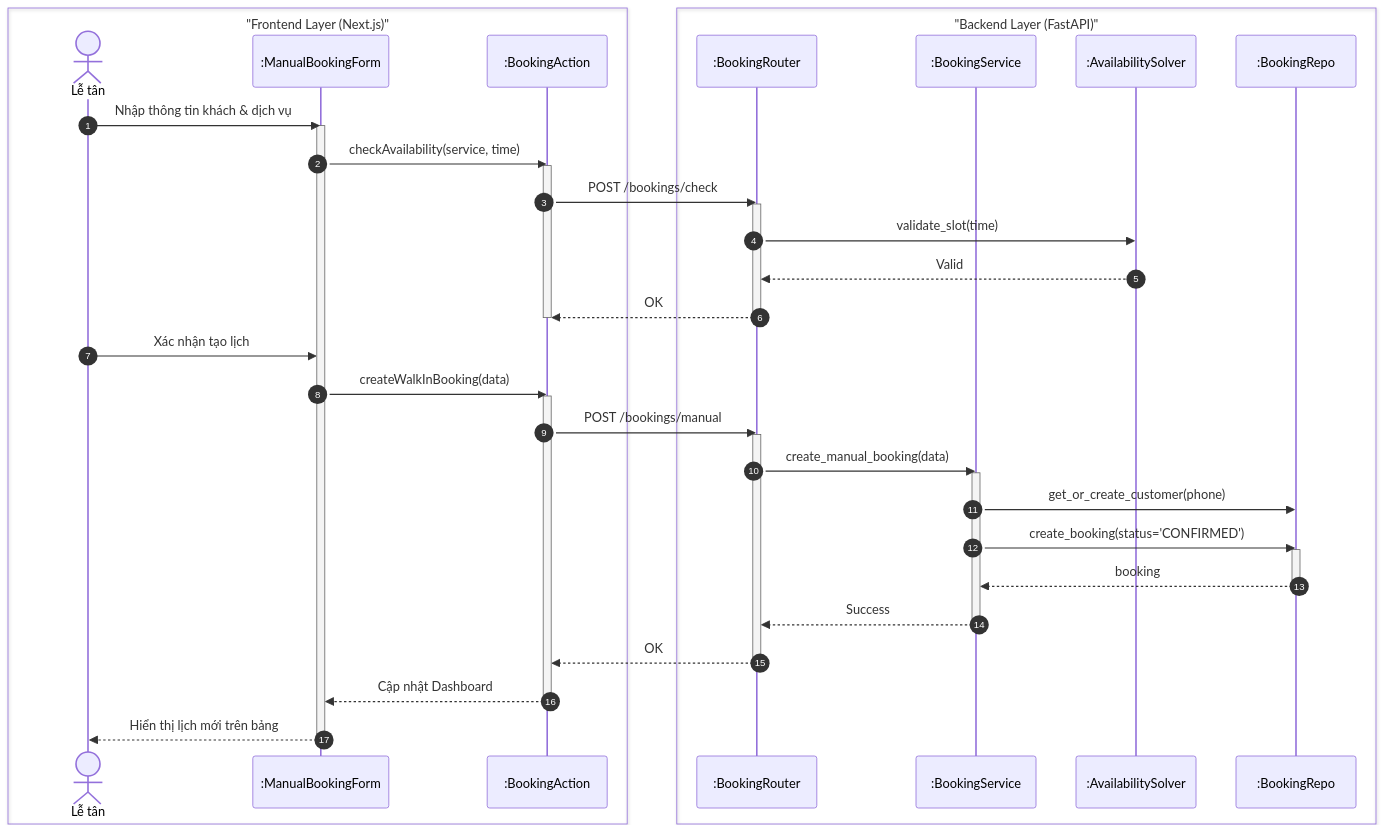
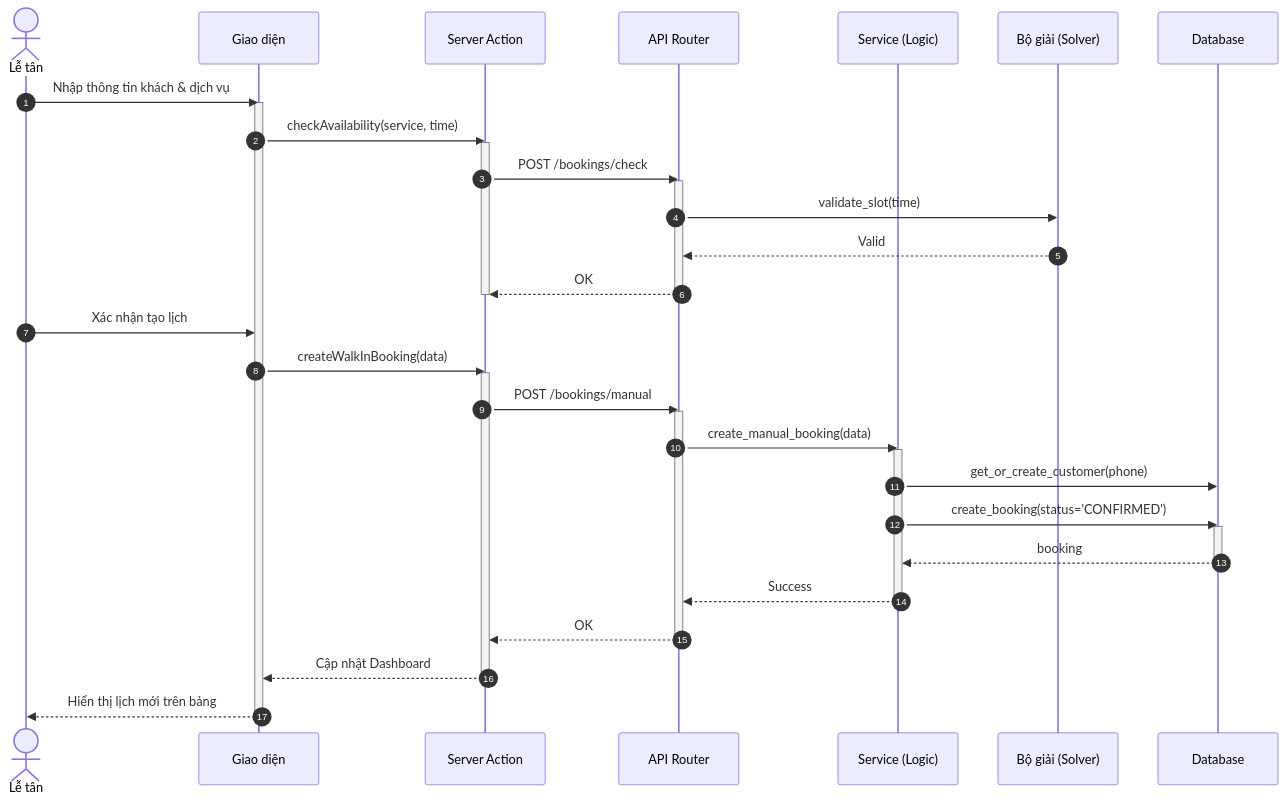
Before and after one commit to ngoctinn/Synapse: the second of 4 diagrams in docs/design/sequences/receptionist_flows.md, drawn with Mermaid. The commit also changed other lines of this file and 4 other files, not shown here.

Commit message:
docs: Add initial sequence diagrams for admin, authentication, customer, receptionist, and technician flows.

````diff
--- a/docs/design/sequences/receptionist_flows.md
+++ b/docs/design/sequences/receptionist_flows.md
@@ -75,57 +70,52 @@
 ```mermaid
 sequenceDiagram
     autonumber
-    box "Frontend Layer (Next.js)"
-        actor LT as Lễ tân
-        participant UI as :ManualBookingForm
-        participant BFF as :BookingAction
-    end
-
-    box "Backend Layer (FastAPI)"
-        participant API as :BookingRouter
-        participant S as :BookingService
-        participant SOLVER as :AvailabilitySolver
-        participant DB as :BookingRepo
-    end
+    actor LT as Lễ tân
+    participant UI as Giao diện
+    participant BFF as Server Action
+    participant API as API Router
+    participant S as Service (Logic)
+    participant SOLVER as Bộ giải (Solver)
+    participant DB as Database
 
     LT->>UI: Nhập thông tin khách & dịch vụ
     activate UI
     UI->>BFF: checkAvailability(service, time)
     activate BFF
 
     BFF->>API: POST /bookings/check
     activate API
     API->>SOLVER: validate_slot(time)
     SOLVER-->>API: Valid
     API-->>BFF: OK
     deactivate API
     deactivate BFF
 
     LT->>UI: Xác nhận tạo lịch
     UI->>BFF: createWalkInBooking(data)
     activate BFF
 
     BFF->>API: POST /bookings/manual
     activate API
 
     API->>S: create_manual_booking(data)
     activate S
 
     S->>DB: get_or_create_customer(phone)
     S->>DB: create_booking(status='CONFIRMED')
     activate DB
     DB-->>S: booking
     deactivate DB
 
     S-->>API: Success
     deactivate S
 
     API-->>BFF: OK
     deactivate API
 
     BFF-->>UI: Cập nhật Dashboard
     deactivate BFF
 
     UI-->>LT: Hiển thị lịch mới trên bảng
     deactivate UI
 ```
````
